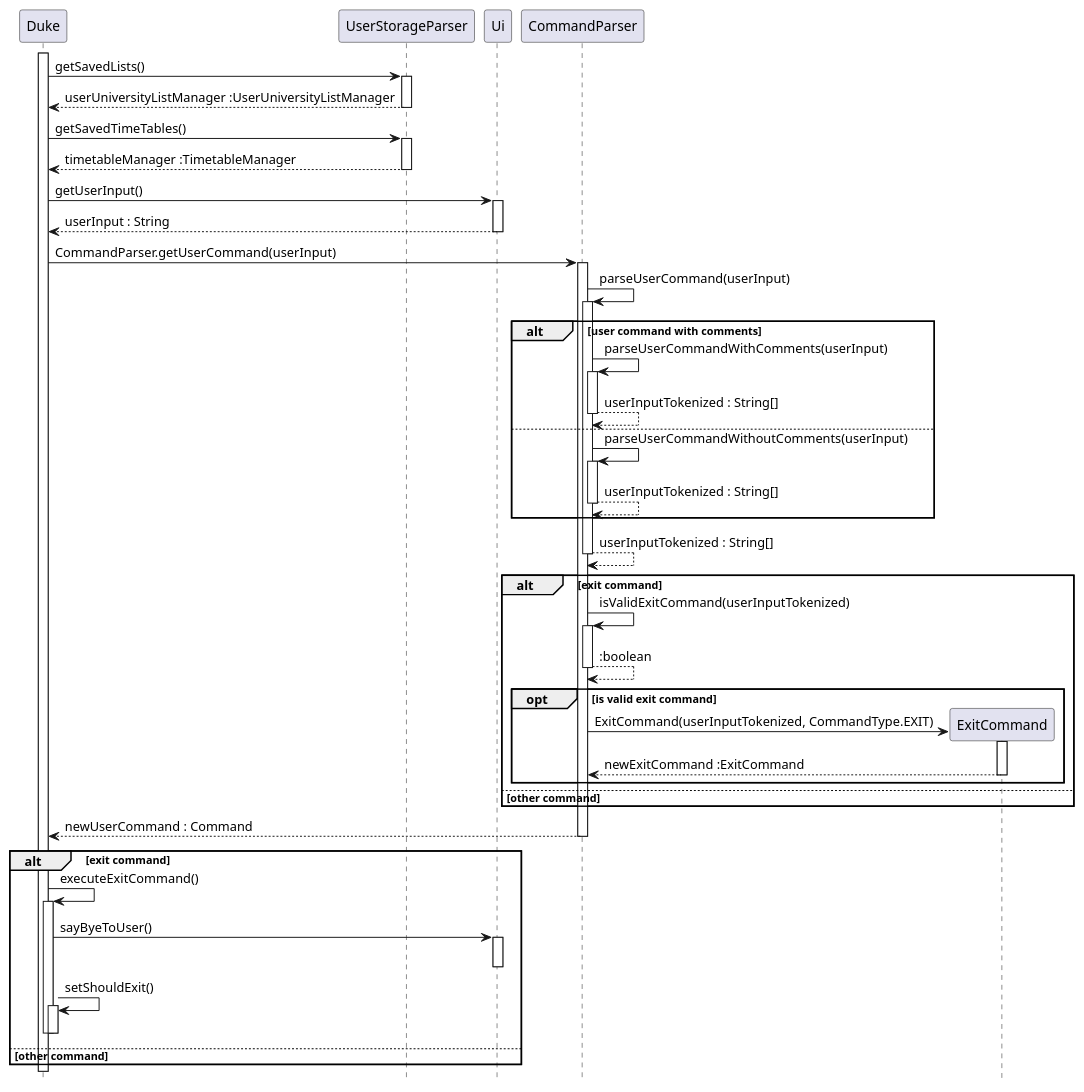
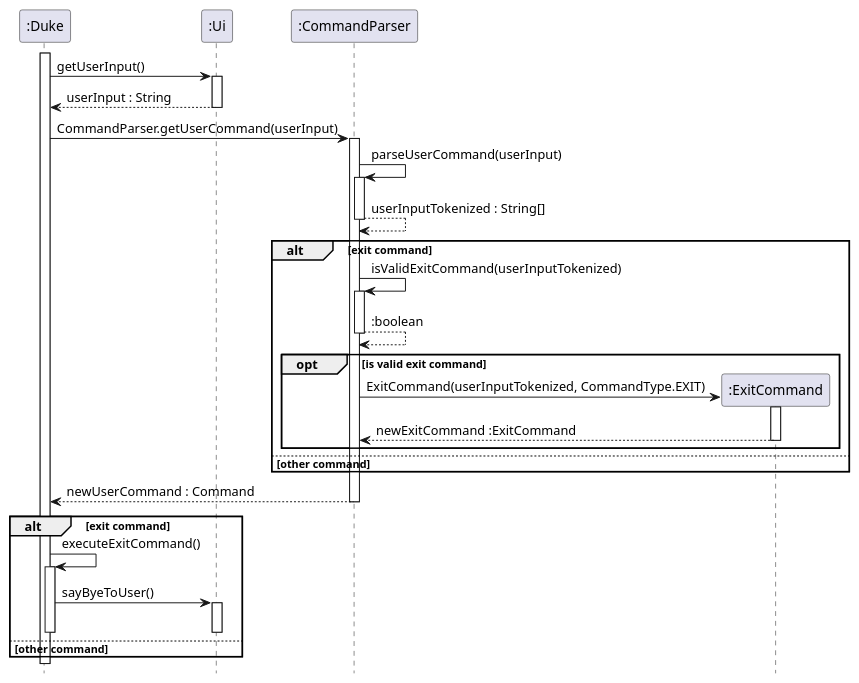
Before and after one commit to nus-cs2113-AY2223S1/tp: the diagram in docs/diagrams/ExitCommand_Sequence.puml, drawn with PlantUML. The commit also changed 17 other files, not shown here.

Commit message:
Update Sequence Diagrams

```diff
--- a/docs/diagrams/ExitCommand_Sequence.puml
+++ b/docs/diagrams/ExitCommand_Sequence.puml
@@ -1,94 +1,62 @@
 @startuml
 
-activate Duke
+activate ":Duke"
 
 hide footbox
 
-Duke -> UserStorageParser : getSavedLists()
-activate UserStorageParser
+":Duke" -> ":Ui" : getUserInput()
+activate ":Ui"
 
-UserStorageParser --> Duke : userUniversityListManager :UserUniversityListManager
-deactivate UserStorageParser
+":Ui" --> ":Duke" : userInput : String
+deactivate ":Ui"
 
-Duke -> UserStorageParser : getSavedTimeTables()
-activate UserStorageParser
+":Duke" -> ":CommandParser" : CommandParser.getUserCommand(userInput)
+activate ":CommandParser"
 
-UserStorageParser --> Duke : timetableManager :TimetableManager
-deactivate UserStorageParser
+":CommandParser" -> ":CommandParser" : parseUserCommand(userInput)
+activate ":CommandParser"
 
-Duke -> Ui : getUserInput()
-activate Ui
-
-Ui --> Duke : userInput : String
-deactivate Ui
-
-Duke -> CommandParser : CommandParser.getUserCommand(userInput)
-activate CommandParser
-
-CommandParser -> CommandParser : parseUserCommand(userInput)
-activate CommandParser
-
-alt user command with comments
-    CommandParser -> CommandParser : parseUserCommandWithComments(userInput)
-    activate CommandParser
-
-    CommandParser --> CommandParser : userInputTokenized : String[]
-    deactivate CommandParser
-
-else
-    CommandParser -> CommandParser : parseUserCommandWithoutComments(userInput)
-    activate CommandParser
-
-    CommandParser --> CommandParser : userInputTokenized : String[]
-    deactivate CommandParser 
-end
-
-CommandParser --> CommandParser : userInputTokenized : String[]
-deactivate CommandParser
+":CommandParser" --> ":CommandParser" : userInputTokenized : String[]
+deactivate ":CommandParser"
 
 alt exit command
 
-    CommandParser -> CommandParser : isValidExitCommand(userInputTokenized)
-    activate CommandParser
+    ":CommandParser" -> ":CommandParser" : isValidExitCommand(userInputTokenized)
+    activate ":CommandParser"
 
-    CommandParser --> CommandParser : :boolean
-    deactivate CommandParser
+    ":CommandParser" --> ":CommandParser" : :boolean
+    deactivate ":CommandParser"
 
     opt is valid exit command
 
-        create ExitCommand
-        CommandParser -> ExitCommand : ExitCommand(userInputTokenized, CommandType.EXIT)
-        activate ExitCommand
+        create ":ExitCommand"
+        ":CommandParser" -> ":ExitCommand" : ExitCommand(userInputTokenized, CommandType.EXIT)
+        activate ":ExitCommand"
 
-        ExitCommand --> CommandParser : newExitCommand :ExitCommand
-        deactivate ExitCommand
+        ":ExitCommand" --> ":CommandParser" : newExitCommand :ExitCommand
+        deactivate ":ExitCommand"
     end
 
 else other command
 
 end
 
-CommandParser --> Duke : newUserCommand : Command
-deactivate CommandParser
+":CommandParser" --> ":Duke" : newUserCommand : Command
+deactivate ":CommandParser"
 
 alt exit command
 
-Duke -> Duke : executeExitCommand()
-activate Duke
+":Duke" -> ":Duke" : executeExitCommand()
+activate ":Duke"
 
-   Duke -> Ui : sayByeToUser()
-   activate Ui
+   ":Duke" -> ":Ui" : sayByeToUser()
+   activate ":Ui"
 
-   deactivate Ui
+   deactivate ":Ui"
 
-   Duke -> Duke : setShouldExit()
-   activate Duke
-
-   deactivate Duke
-
-deactivate Duke
+deactivate ":Duke"
 else other command
 end
-deactivate Duke
+deactivate ":Duke"
 
 @enduml
```
